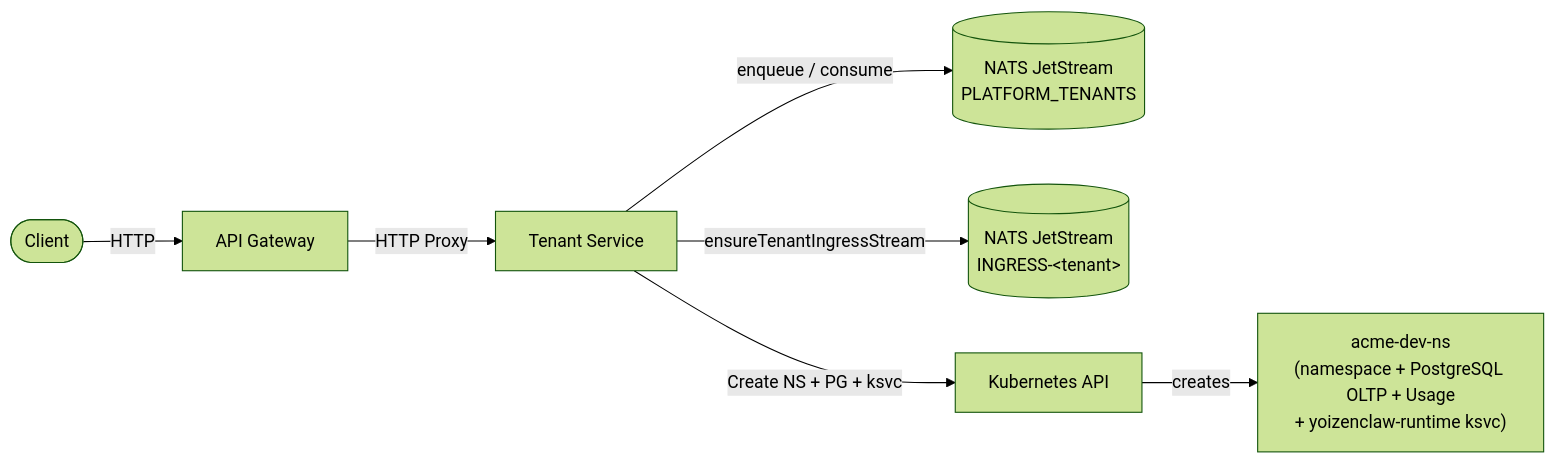
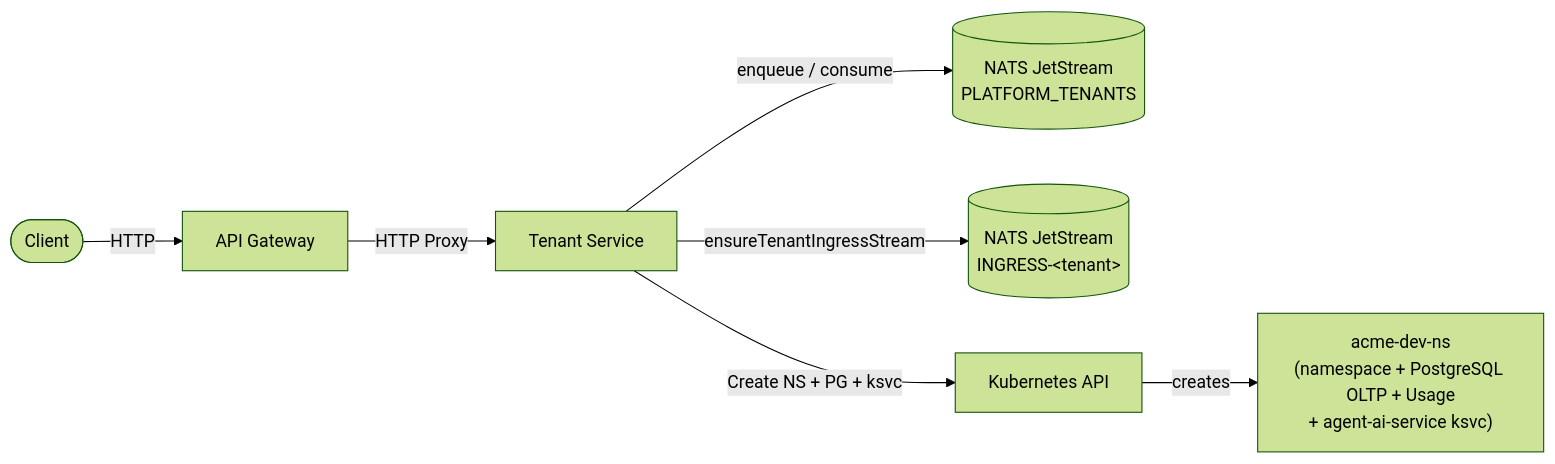
The eighth of 11 diagrams in DOCS/01-ARCHITECTURE.md (ccarnero/colloqui), drawn with Mermaid (forest theme) before and after one commit. The commit also changed other lines of this file and 1226 other files, not shown here.

````diff
--- a/DOCS/01-ARCHITECTURE.md
+++ b/DOCS/01-ARCHITECTURE.md
@@ -390,9 +390,9 @@
 ```mermaid
 graph LR
     C([Client]) -->|HTTP| GW["API Gateway"]
     GW -->|HTTP Proxy| TS["Tenant Service"]
     TS -->|enqueue / consume| NATSQ[("NATS JetStream<br/>PLATFORM_TENANTS")]
     TS -->|ensureTenantIngressStream| NATSI[("NATS JetStream<br/>INGRESS-&lt;tenant&gt;")]
     TS -->|Create NS + PG + ksvc| K8sAPI[Kubernetes API]
-    K8sAPI -->|creates| NS["acme-dev-ns<br/>(namespace + PostgreSQL OLTP + Usage<br/>+ yoizenclaw-runtime ksvc)"]
+    K8sAPI -->|creates| NS["acme-dev-ns<br/>(namespace + PostgreSQL OLTP + Usage<br/>+ agent-ai-service ksvc)"]
 ```
````
